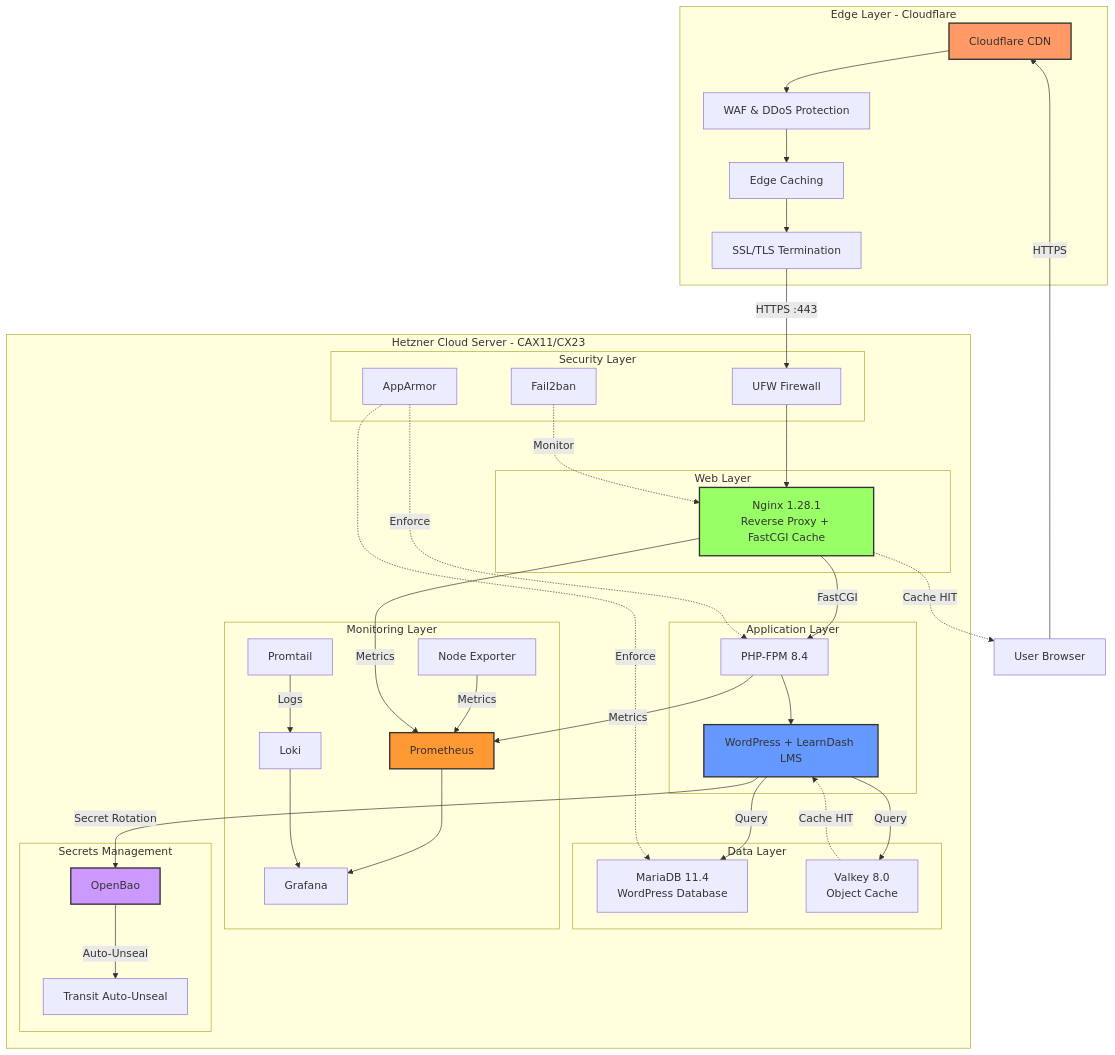
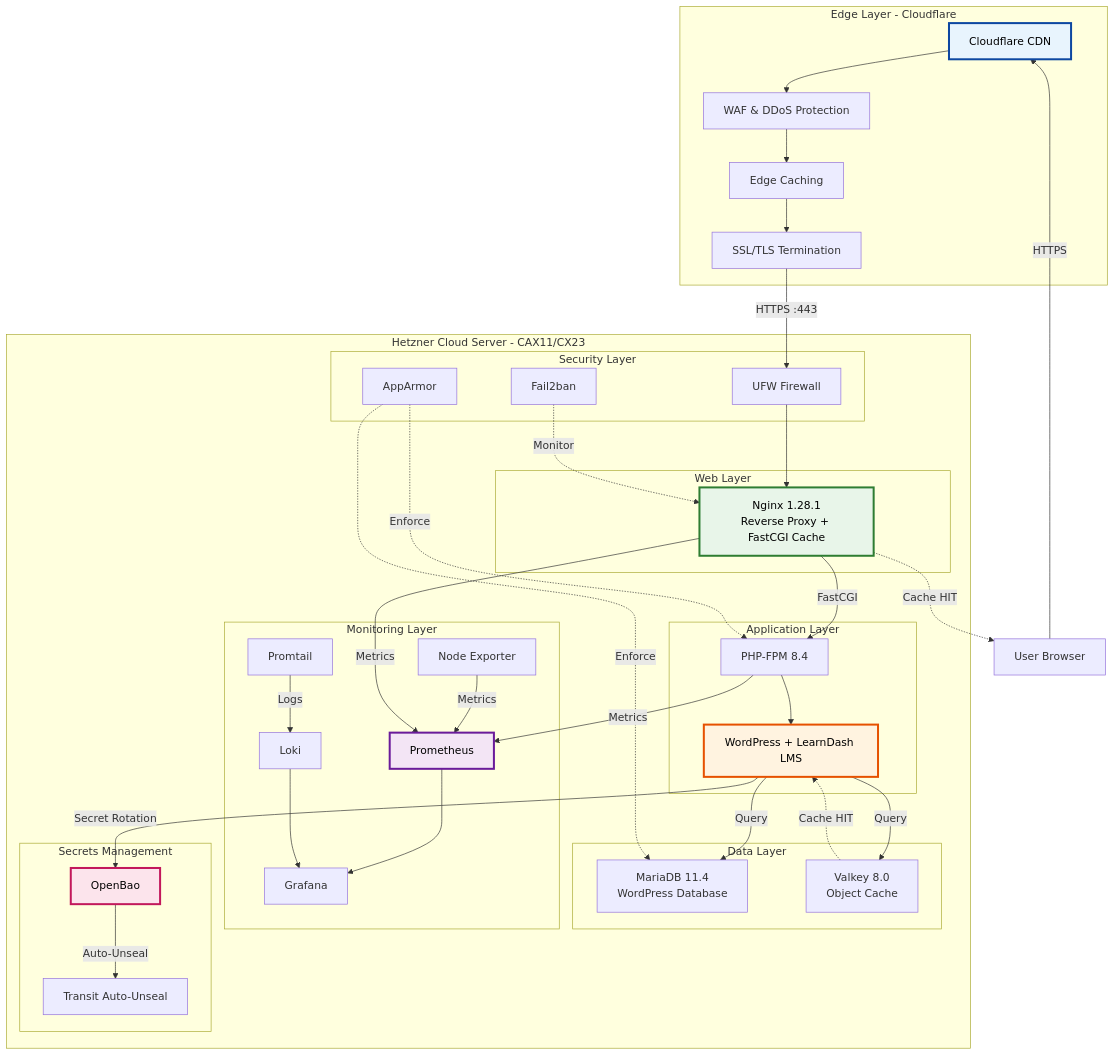
Before and after one commit to malpanez/hetzner-secure-infrastructure: the first of 8 diagrams in docs/architecture/SYSTEM_OVERVIEW.md, drawn with Mermaid. The commit also changed other lines of this file, not shown here.

First line of the commit message:
docs: improve mermaid diagram accessibility for neurodivergent users

````diff
--- a/docs/architecture/SYSTEM_OVERVIEW.md
+++ b/docs/architecture/SYSTEM_OVERVIEW.md
@@ -17,77 +31,78 @@
 ```mermaid
 graph TB
     subgraph "Edge Layer - Cloudflare"
         CF[Cloudflare CDN]
         WAF[WAF & DDoS Protection]
         EDGE[Edge Caching]
         SSL[SSL/TLS Termination]
     end
 
     subgraph "Hetzner Cloud Server - CAX11/CX23"
         subgraph "Web Layer"
             NGINX[Nginx 1.28.1<br/>Reverse Proxy + FastCGI Cache]
         end
 
         subgraph "Application Layer"
             PHP[PHP-FPM 8.4]
             WP[WordPress + LearnDash LMS]
         end
 
         subgraph "Data Layer"
             MARIA[MariaDB 11.4<br/>WordPress Database]
             VALKEY[Valkey 8.0<br/>Object Cache]
         end
 
         subgraph "Security Layer"
             UFW[UFW Firewall]
             F2B[Fail2ban]
             AA[AppArmor]
         end
 
         subgraph "Monitoring Layer"
             PROM[Prometheus]
             GRAF[Grafana]
             LOKI[Loki]
             PROMTAIL[Promtail]
             NE[Node Exporter]
         end
 
         subgraph "Secrets Management"
             OB[OpenBao]
             TRANS[Transit Auto-Unseal]
         end
     end
 
     USER[User Browser] -->|HTTPS| CF
     CF --> WAF --> EDGE --> SSL
     SSL -->|HTTPS :443| UFW
     UFW --> NGINX
 
     NGINX -->|FastCGI| PHP
     NGINX -.->|Cache HIT| USER
 
     PHP --> WP
     WP -->|Query| VALKEY
     WP -->|Query| MARIA
     VALKEY -.->|Cache HIT| WP
 
     F2B -.->|Monitor| NGINX
     AA -.->|Enforce| PHP
     AA -.->|Enforce| MARIA
 
     NE -->|Metrics| PROM
     NGINX -->|Metrics| PROM
     PHP -->|Metrics| PROM
     PROMTAIL -->|Logs| LOKI
     PROM --> GRAF
     LOKI --> GRAF
 
     WP -->|Secret Rotation| OB
     OB -->|Auto-Unseal| TRANS
 
-    style CF fill:#f96,stroke:#333,stroke-width:2px
-    style NGINX fill:#9f6,stroke:#333,stroke-width:2px
-    style WP fill:#69f,stroke:#333,stroke-width:2px
-    style PROM fill:#f93,stroke:#333,stroke-width:2px
-    style OB fill:#c9f,stroke:#333,stroke-width:2px
+    %% Accessible color palette for neurodivergent users (WCAG AAA compliant)
+    style CF fill:#E8F4FD,stroke:#0D47A1,stroke-width:3px,color:#000
+    style NGINX fill:#E8F5E9,stroke:#2E7D32,stroke-width:3px,color:#000
+    style WP fill:#FFF3E0,stroke:#E65100,stroke-width:3px,color:#000
+    style PROM fill:#F3E5F5,stroke:#6A1B9A,stroke-width:3px,color:#000
+    style OB fill:#FCE4EC,stroke:#C2185B,stroke-width:3px,color:#000
 ```
````
